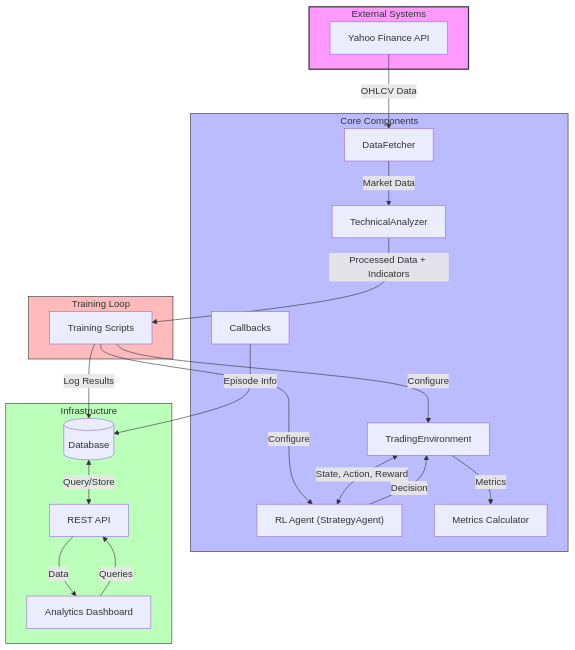
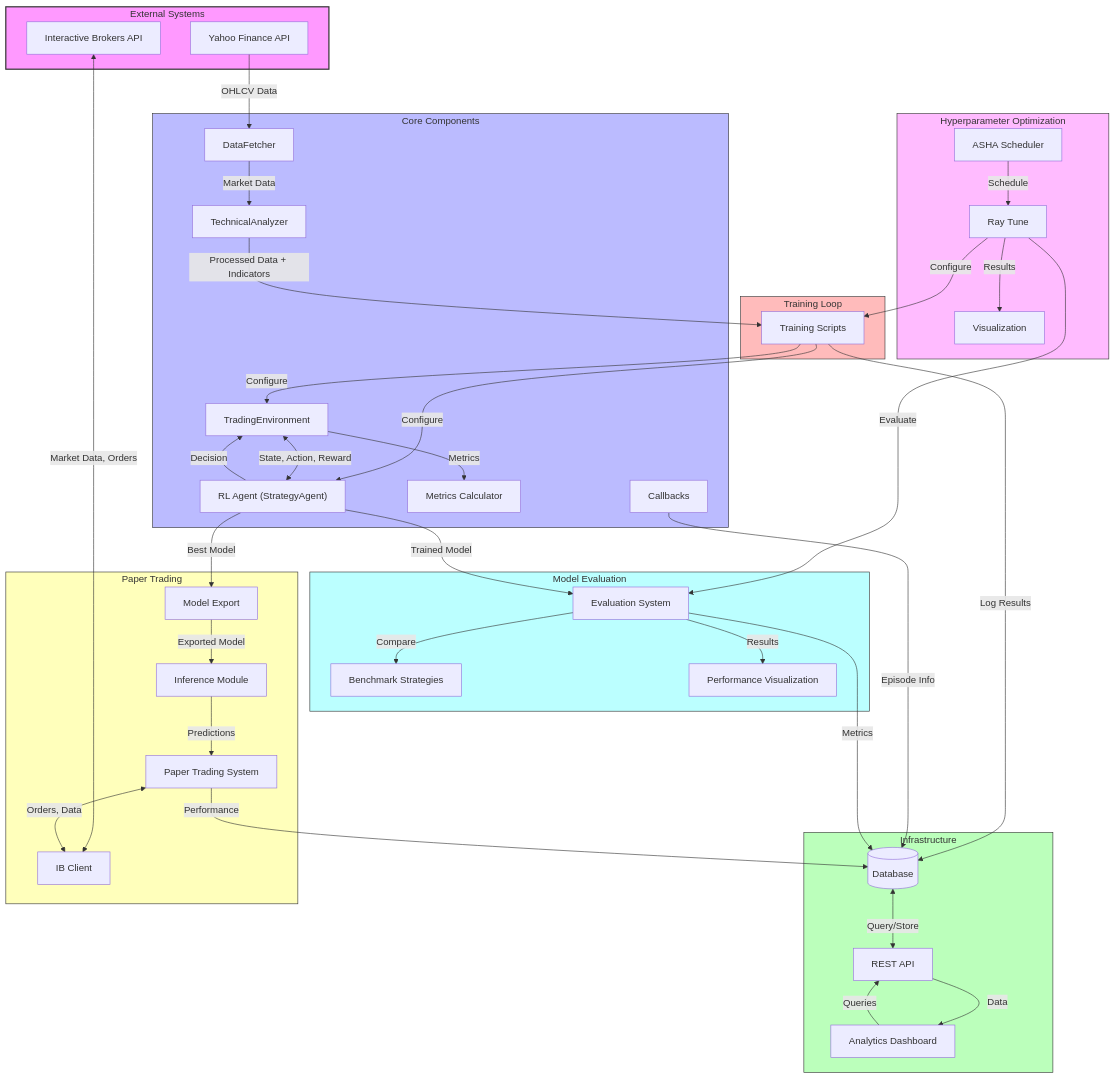
The first of 5 diagrams in docs/architecture.md (Lillo-S-p-a/ReinforceStrategyCreatorV2), drawn with Mermaid before and after one commit. The commit also changed other lines of this file and 6 other files, not shown here.

First line of the commit message:
feat(rl): implement hyperparameter optimization and paper trading

````diff
--- a/docs/architecture.md
+++ b/docs/architecture.md
@@ -10,6 +10,7 @@
 graph TD
     subgraph External ["External Systems"]
         YF["Yahoo Finance API"]
+        IB["Interactive Brokers API"]
     end
 
     subgraph Core ["Core Components"]
@@ -30,9 +31,29 @@
     subgraph Training ["Training Loop"]
         TL["Training Scripts"]
     end
+    
+    subgraph Optimization ["Hyperparameter Optimization"]
+        HPO["Ray Tune"]
+        ASHA["ASHA Scheduler"]
+        VIS["Visualization"]
+    end
+    
+    subgraph Evaluation ["Model Evaluation"]
+        ME["Evaluation System"]
+        BM["Benchmark Strategies"]
+        EVAL_VIS["Performance Visualization"]
+    end
+    
+    subgraph PaperTrading ["Paper Trading"]
+        PT["Paper Trading System"]
+        IBC["IB Client"]
+        INF["Inference Module"]
+        EXP["Model Export"]
+    end
 
     %% External connections
     YF -->|OHLCV Data| DF
+    IB <-->|Market Data, Orders| IBC
 
     %% Data processing flow
     DF -->|Market Data| TA
@@ -46,6 +67,25 @@
     TE -->|Metrics| MC
     RA -->|Decision| TE
     CB -->|Episode Info| DB
+    
+    %% Hyperparameter optimization
+    HPO -->|Configure| TL
+    HPO -->|Evaluate| ME
+    ASHA -->|Schedule| HPO
+    HPO -->|Results| VIS
+    
+    %% Model evaluation
+    RA -->|Trained Model| ME
+    ME -->|Compare| BM
+    ME -->|Results| EVAL_VIS
+    ME -->|Metrics| DB
+    
+    %% Paper trading
+    RA -->|Best Model| EXP
+    EXP -->|Exported Model| INF
+    INF -->|Predictions| PT
+    PT <-->|Orders, Data| IBC
+    PT -->|Performance| DB
 
     %% Infrastructure connections
     DB <-->|Query/Store| API
@@ -57,8 +97,14 @@
     classDef core fill:#bbf,stroke:#333,stroke-width:1px;
     classDef infrastructure fill:#bfb,stroke:#333,stroke-width:1px;
     classDef training fill:#fbb,stroke:#333,stroke-width:1px;
+    classDef optimization fill:#fbf,stroke:#333,stroke-width:1px;
+    classDef evaluation fill:#bff,stroke:#333,stroke-width:1px;
+    classDef papertrading fill:#ffb,stroke:#333,stroke-width:1px;
     class External external;
     class Core core;
     class Infrastructure infrastructure;
     class Training training;
+    class Optimization optimization;
+    class Evaluation evaluation;
+    class PaperTrading papertrading;
 ```
````
